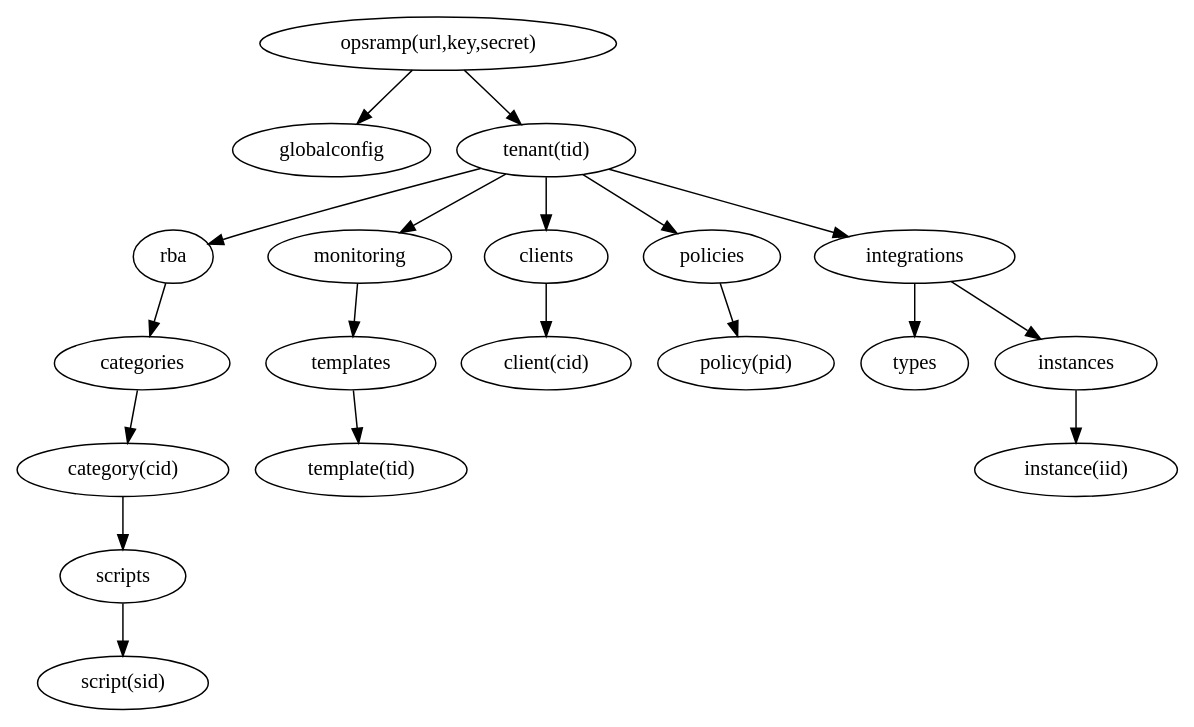
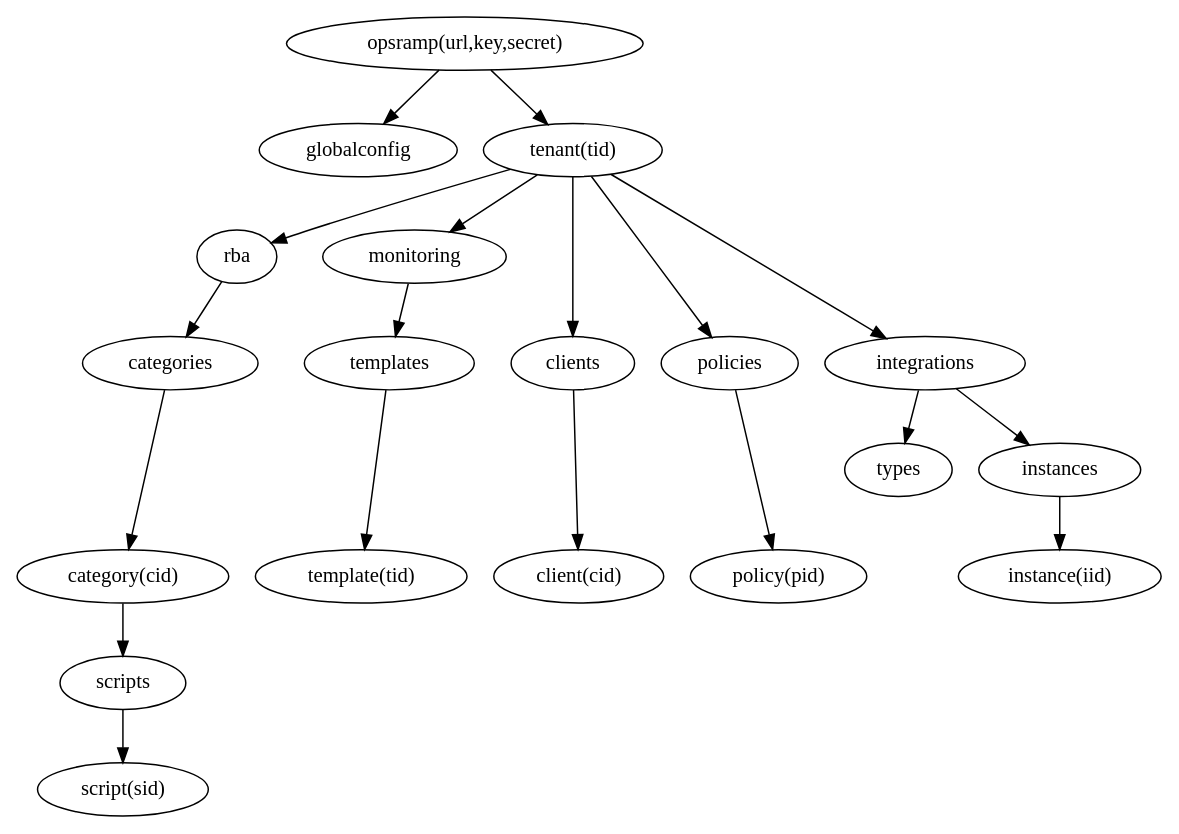
The diagram in classes.dot (HewlettPackard/python-opsramp), drawn with Graphviz before and after one commit. The commit also changed 2 other files, not shown here.

Commit message:
Improve class diagram and move examples down
Move the Examples section to later in the document because I want
to get the diagram in front of the users' eyes sooner.

```diff
--- a/classes.dot
+++ b/classes.dot
@@ -1,40 +1,42 @@
 # classes.dot
 # An input file for graphviz that produces a diagram of the relationship
 # between the various classes in the python-opsramp language binding.
 #
 # (c) Copyright 2019 Hewlett Packard Enterprise Development LP
 #
 # Licensed under the Apache License, Version 2.0 (the "License");
 # you may not use this file except in compliance with the License.
 # You may obtain a copy of the License at
 #
 #     http://www.apache.org/licenses/LICENSE-2.0
 #
 # Unless required by applicable law or agreed to in writing, software
 # distributed under the License is distributed on an "AS IS" BASIS,
 # WITHOUT WARRANTIES OR CONDITIONS OF ANY KIND, either express or implied.
 # See the License for the specific language governing permissions and
 # limitations under the License.
 #
 digraph {
   opsramp -> { globalconfig tenant }
   opsramp [label="opsramp(url,key,secret)"]
   tenant -> { rba monitoring clients policies integrations }
   tenant [label="tenant(tid)"]
   rba -> categories
   categories -> category
   category [label="category(cid)"]
   category -> scripts
   scripts -> script
   script [label="script(sid)"]
   monitoring -> templates
   templates -> template
   template [label="template(tid)"]
   clients -> client
   client [label="client(cid)"]
   policies -> policy
   policy [label="policy(pid)"]
   integrations -> { types instances }
   instances -> instance
   instance [label="instance(iid)"]
+  { rank=same categories templates clients policies integrations }
+  { rank=same category template client policy instance }
 }
```
